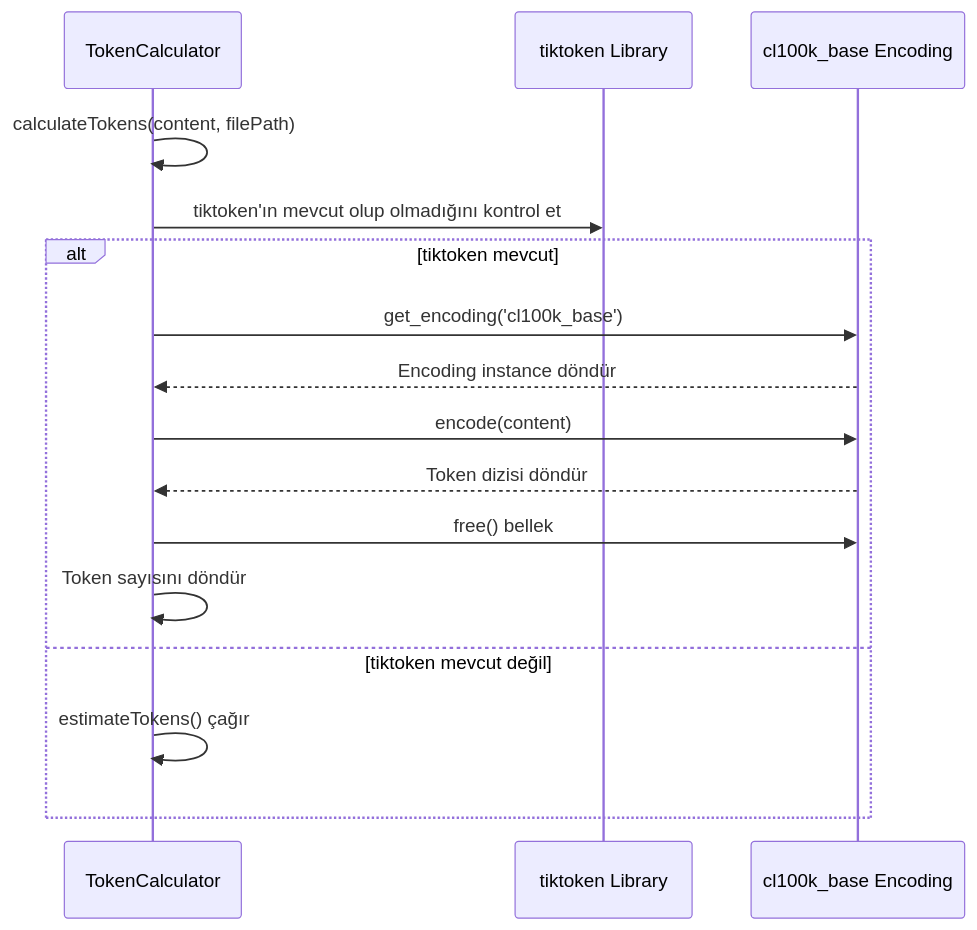
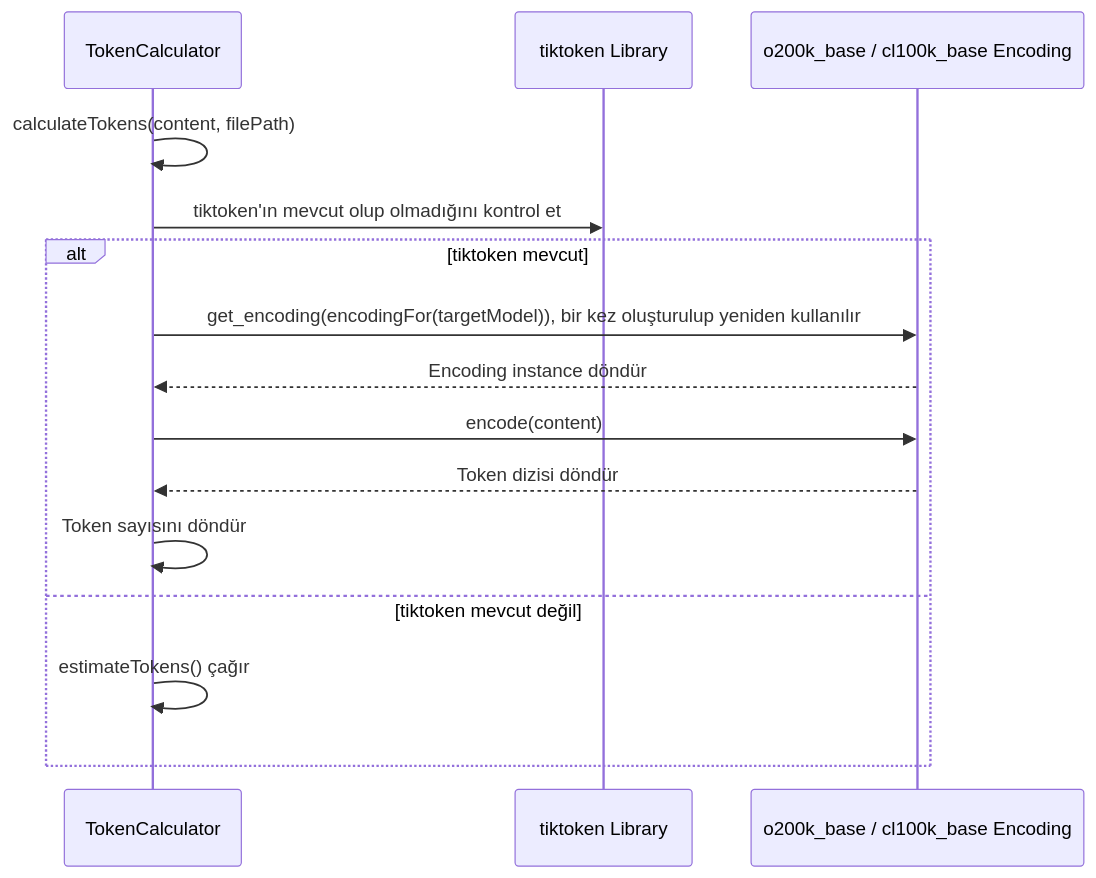
The second of 4 diagrams in docs/content-tr/Temel-Ozellikler/Token-Sayma.md (hakkisagdic/ctxman), drawn with Mermaid before and after one commit. The commit also changed other lines of this file and 352 other files, not shown here.

````diff
--- a/docs/content-tr/Temel-Ozellikler/Token-Sayma.md
+++ b/docs/content-tr/Temel-Ozellikler/Token-Sayma.md
@@ -64,18 +64,17 @@
 ```mermaid
 sequenceDiagram
 participant Calculator as TokenCalculator
 participant Tiktoken as tiktoken Library
-participant Encoding as cl100k_base Encoding
+participant Encoding as o200k_base / cl100k_base Encoding
 Calculator->>Calculator : calculateTokens(content, filePath)
 Calculator->>Tiktoken : tiktoken'ın mevcut olup olmadığını kontrol et
 alt tiktoken mevcut
-Calculator->>Encoding : get_encoding('cl100k_base')
+Calculator->>Encoding : get_encoding(encodingFor(targetModel)), bir kez oluşturulup yeniden kullanılır
 Encoding-->>Calculator : Encoding instance döndür
 Calculator->>Encoding : encode(content)
 Encoding-->>Calculator : Token dizisi döndür
-Calculator->>Encoding : free() bellek
 Calculator->>Calculator : Token sayısını döndür
 else tiktoken mevcut değil
 Calculator->>Calculator : estimateTokens() çağır
 end
 ```
````
